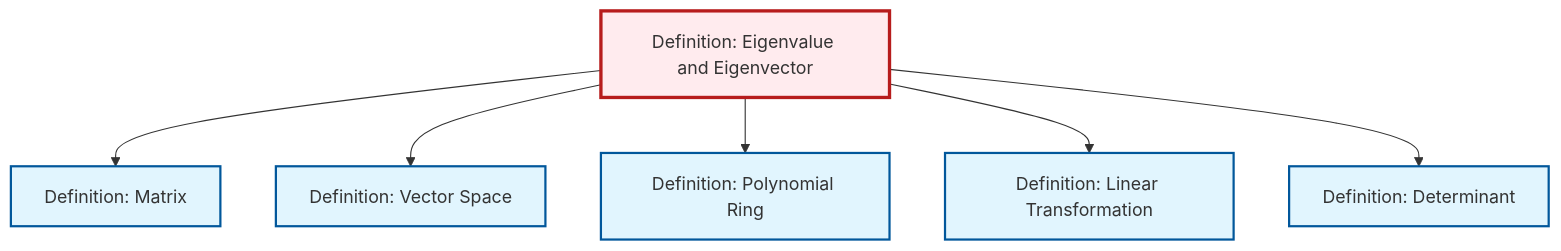
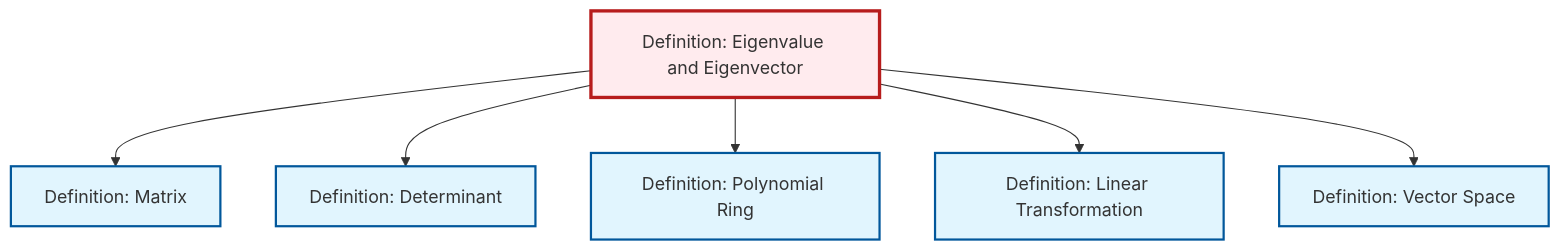
One commit to RK0429/ModernMath changed the diagram in content/en/algebra/def-eigenvalue-eigenvector.qmd. Above: the diagram before and after it, drawn with Mermaid. The commit also changed other lines of this file and 597 other files, not shown here.

````diff
--- a/content/en/algebra/def-eigenvalue-eigenvector.qmd
+++ b/content/en/algebra/def-eigenvalue-eigenvector.qmd
@@ -74,26 +74,26 @@
 ```{mermaid}
 %%| fig-cap: "Local dependency graph"
 graph TD
     classDef definition fill:#e1f5fe,stroke:#01579b,stroke-width:2px
     classDef theorem fill:#f3e5f5,stroke:#4a148c,stroke-width:2px
     classDef axiom fill:#fff3e0,stroke:#e65100,stroke-width:2px
     classDef example fill:#e8f5e9,stroke:#1b5e20,stroke-width:2px
     classDef current fill:#ffebee,stroke:#b71c1c,stroke-width:3px
+    def-polynomial-ring["Definition: Polynomial Ring"]:::definition
     def-vector-space["Definition: Vector Space"]:::definition
+    def-determinant["Definition: Determinant"]:::definition
     def-matrix["Definition: Matrix"]:::definition
-    def-determinant["Definition: Determinant"]:::definition
+    def-linear-transformation["Definition: Linear Transformation"]:::definition
     def-eigenvalue-eigenvector["Definition: Eigenvalue and Eigenvector"]:::definition
-    def-polynomial-ring["Definition: Polynomial Ring"]:::definition
-    def-linear-transformation["Definition: Linear Transformation"]:::definition
     def-eigenvalue-eigenvector --> def-matrix
-    def-eigenvalue-eigenvector --> def-vector-space
+    def-eigenvalue-eigenvector --> def-determinant
     def-eigenvalue-eigenvector --> def-polynomial-ring
     def-eigenvalue-eigenvector --> def-linear-transformation
-    def-eigenvalue-eigenvector --> def-determinant
+    def-eigenvalue-eigenvector --> def-vector-space
     class def-eigenvalue-eigenvector current
+    click def-polynomial-ring "def-polynomial-ring.html" "Go to Polynomial Ring definition"
     click def-vector-space "def-vector-space.html" "Go to Vector Space definition"
+    click def-determinant "def-determinant.html" "Go to Determinant definition"
     click def-matrix "def-matrix.html" "Go to Matrix definition"
-    click def-determinant "def-determinant.html" "Go to Determinant definition"
-    click def-polynomial-ring "def-polynomial-ring.html" "Go to Polynomial Ring definition"
     click def-linear-transformation "def-linear-transformation.html" "Go to Linear Transformation definition"
 ```
````
